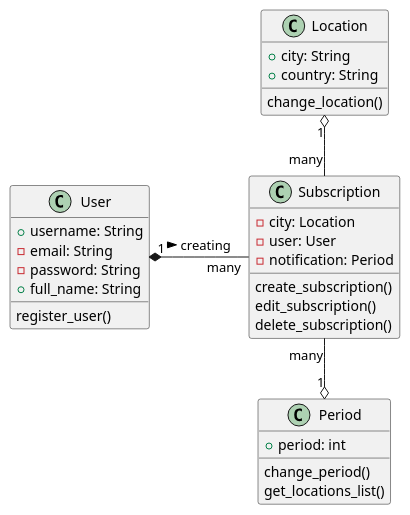
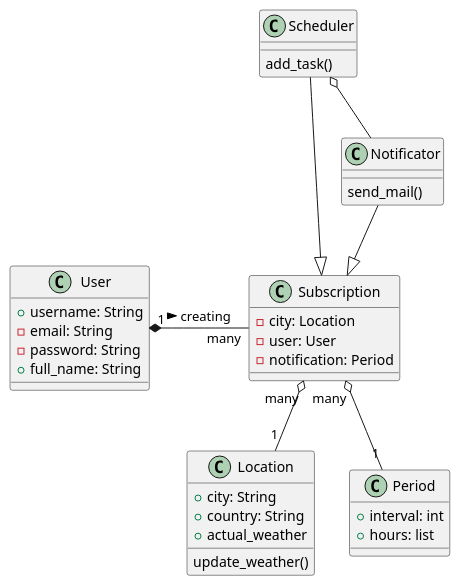
The diagram in WR.puml (Ihor-Prokopenko/weather-reminder), drawn with PlantUML before and after one commit. The commit also changed 1 other file, not shown here.

```diff
--- a/WR.puml
+++ b/WR.puml
@@ -1,41 +1,49 @@
 @startuml
 
 class User {
     +username: String
     -email: String
     -password: String
     +full_name: String
 
-    register_user()
-
 }
 
 class Subscription {
     -city: Location
     -user: User
     -notification: Period
 
-    create_subscription()
-    edit_subscription()
-    delete_subscription()
 }
 
 class Location {
     +city: String
     +country: String
+    +actual_weather
 
-    change_location()
+    update_weather()
 }
 
 class Period {
-    +period: int
+    +interval: int
+    +hours: list
 
-    change_period()
-    get_locations_list()
+
+}
+
+class Notificator {
+
+    send_mail()
+}
+
+class Scheduler {
+    add_task()
 }
 
 User "1" *- "many" Subscription : creating >
-Subscription "many" --o "1" Period
-Location "1" o-- "many" Subscription
+Subscription "many" o-- "1" Period
+Subscription "many" o-- "1" Location
+Notificator --|> Subscription
+Scheduler o-- Notificator
+Scheduler --|> Subscription
 
 @enduml
```
